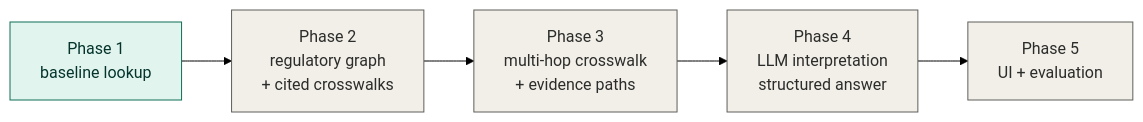
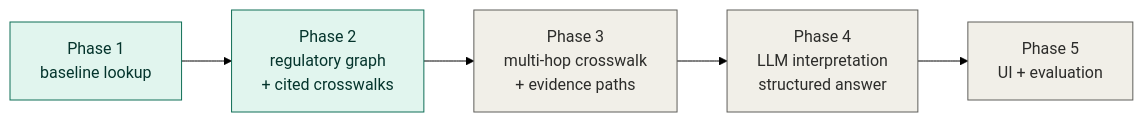
One commit to minw0607/Regulus changed the fourth of 4 diagrams in README.md. Above: the diagram before and after it, drawn with Mermaid (forest theme). The commit also changed other lines of this file and 9 other files, not shown here.

First line of the commit message:
feat: Phase 2 — cited crosswalk knowledge graph

````diff
--- a/README.md
+++ b/README.md
@@ -162,11 +164,11 @@
 ```mermaid
 flowchart LR
     P1["Phase 1<br/>baseline lookup"] --> P2["Phase 2<br/>regulatory graph<br/>+ cited crosswalks"]
     P2 --> P3["Phase 3<br/>multi-hop crosswalk<br/>+ evidence paths"]
     P3 --> P4["Phase 4<br/>LLM interpretation<br/>structured answer"]
     P4 --> P5["Phase 5<br/>UI + evaluation"]
     classDef done fill:#e1f5ee,stroke:#0f6e56,color:#04342c;
     classDef todo fill:#f1efe8,stroke:#5f5e5a,color:#2c2c2a;
-    class P1 done
-    class P2,P3,P4,P5 todo
+    class P1,P2 done
+    class P3,P4,P5 todo
 ```
````
